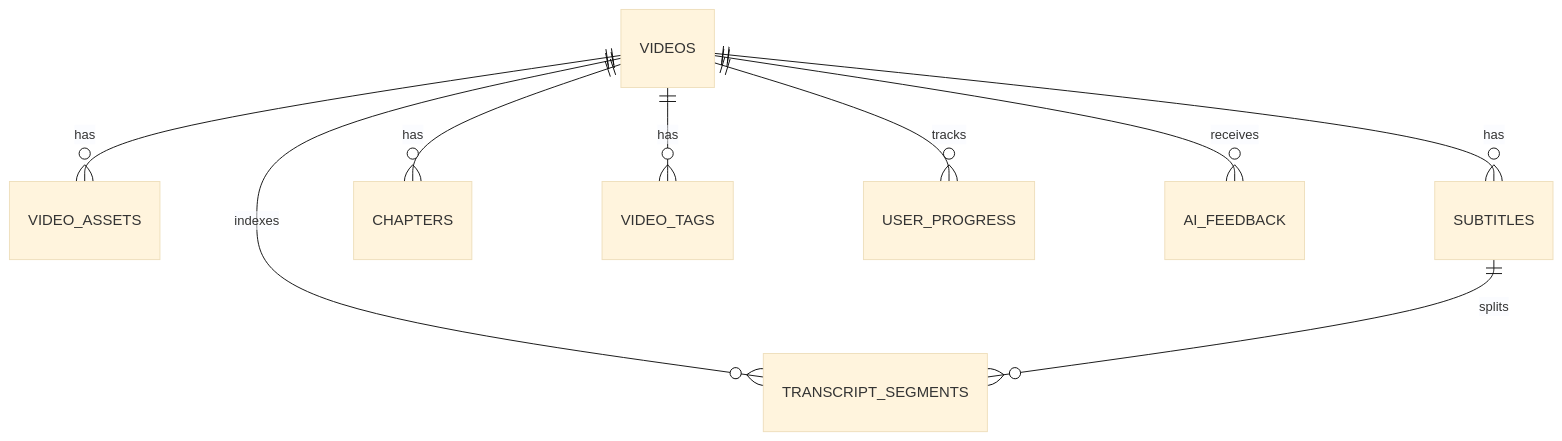
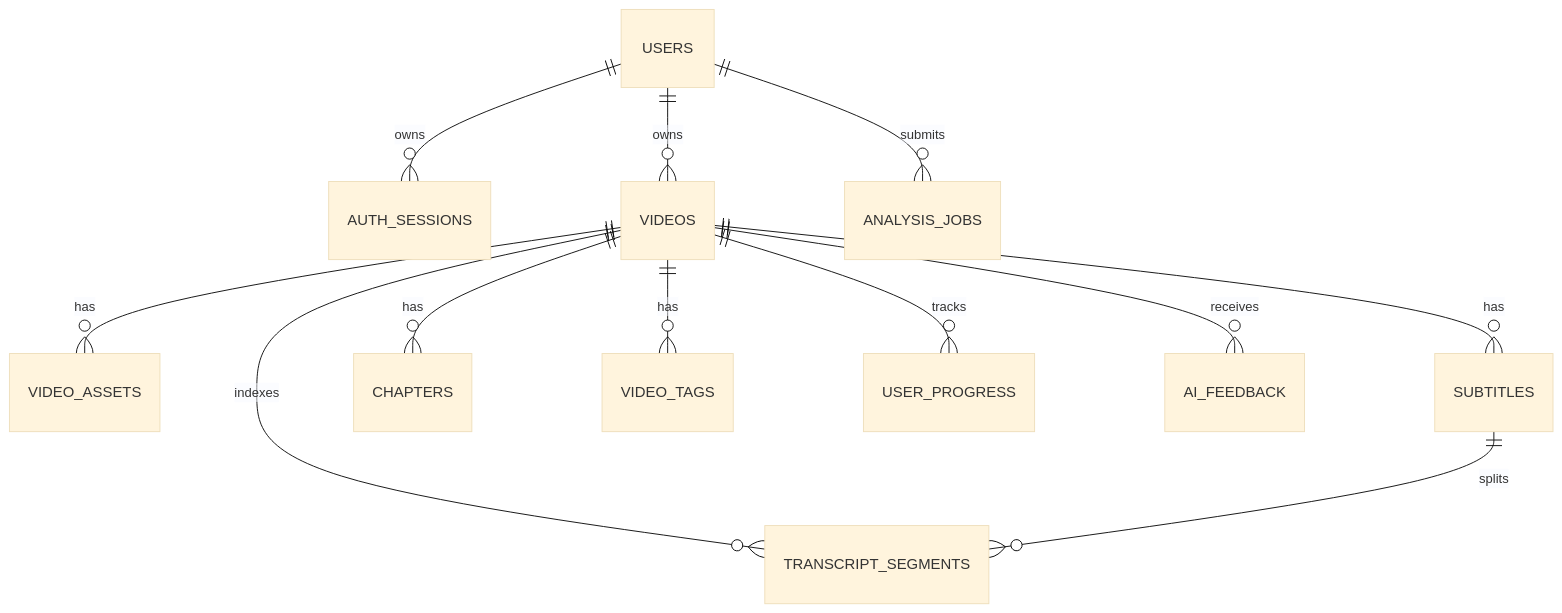
One commit to qwe605/xunlei_ai_video changed the third of 23 diagrams in docs/项目说明文档.md. Above: the diagram before and after it, drawn with Mermaid (base theme). The commit also changed other lines of this file and 46 other files, not shown here.

````diff
--- a/docs/项目说明文档.md
+++ b/docs/项目说明文档.md
@@ -428,11 +437,14 @@
 ```mermaid
 erDiagram
+    USERS ||--o{ AUTH_SESSIONS : owns
+    USERS ||--o{ VIDEOS : owns
+    USERS ||--o{ ANALYSIS_JOBS : submits
     VIDEOS ||--o{ VIDEO_ASSETS : has
     VIDEOS ||--o{ SUBTITLES : has
     VIDEOS ||--o{ CHAPTERS : has
     VIDEOS ||--o{ VIDEO_TAGS : has
     VIDEOS ||--o{ USER_PROGRESS : tracks
     VIDEOS ||--o{ TRANSCRIPT_SEGMENTS : indexes
     VIDEOS ||--o{ AI_FEEDBACK : receives
     SUBTITLES ||--o{ TRANSCRIPT_SEGMENTS : splits
 ```
````
